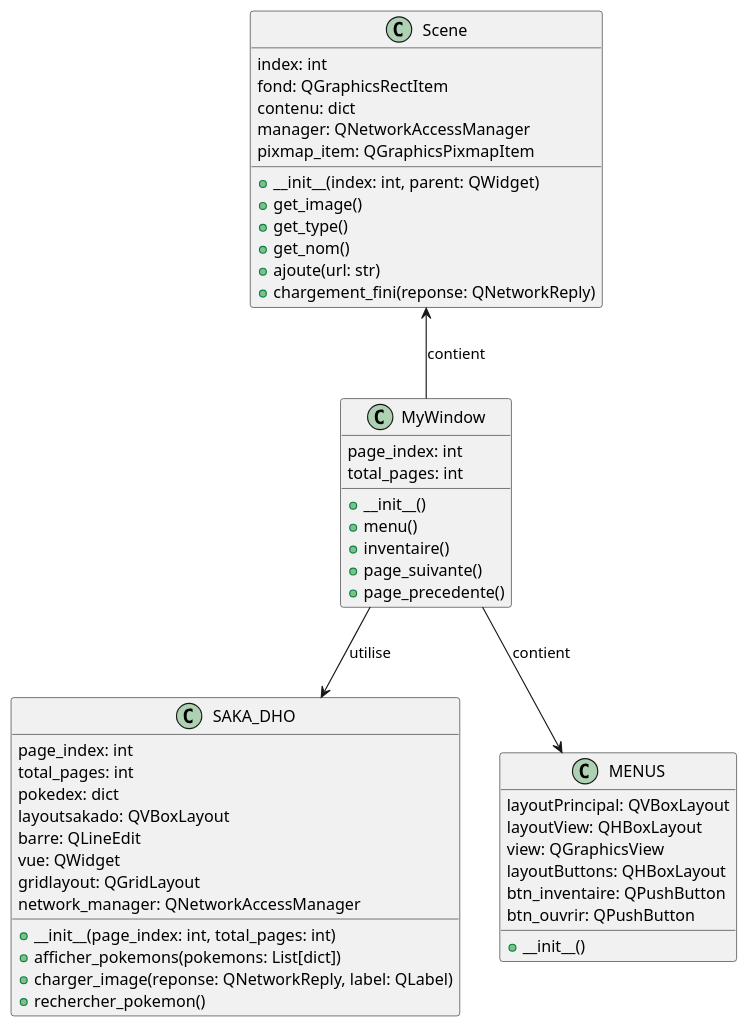
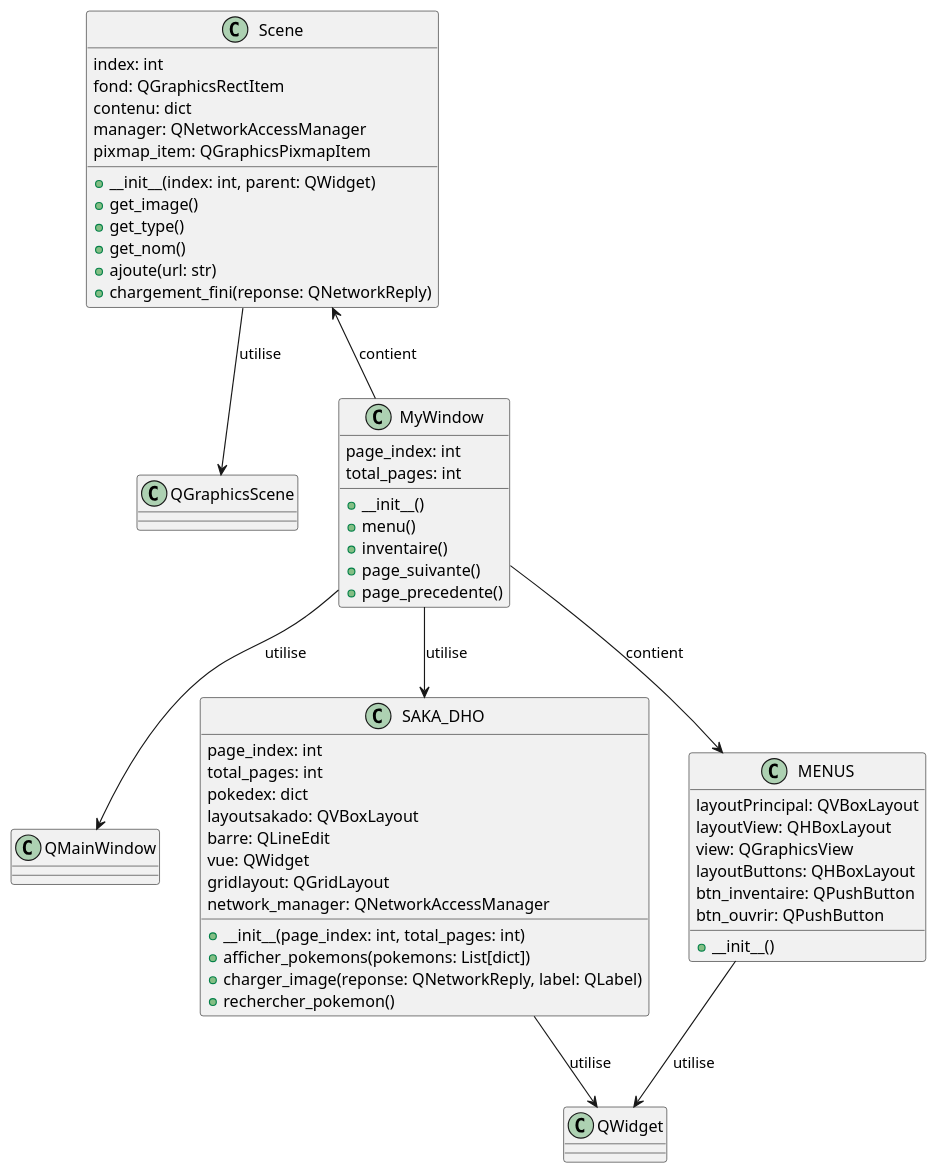
Before and after one commit to NerfDuDu/PokeDoc: the diagram in ulm/plantuml.wsd, drawn with PlantUML.

```diff
--- a/ulm/plantuml.wsd
+++ b/ulm/plantuml.wsd
@@ -1,57 +1,62 @@
 @startuml plantuml
-
+class QWidget {}
+class QMainWindow{}
+class QGraphicsScene{}
 class Scene {
    index: int
    fond: QGraphicsRectItem
    contenu: dict
    manager: QNetworkAccessManager
    pixmap_item: QGraphicsPixmapItem
   + __init__(index: int, parent: QWidget)
   + get_image()
   + get_type()
   + get_nom()
   + ajoute(url: str)
   + chargement_fini(reponse: QNetworkReply)
 }
 
 class MyWindow {
    page_index: int
    total_pages: int
   + __init__()
   + menu()
   + inventaire()
   + page_suivante()
   + page_precedente()
 }
 
 class SAKA_DHO {
    page_index: int
    total_pages: int
    pokedex: dict
    layoutsakado: QVBoxLayout
    barre: QLineEdit
    vue: QWidget
    gridlayout: QGridLayout
    network_manager: QNetworkAccessManager
   + __init__(page_index: int, total_pages: int)
   + afficher_pokemons(pokemons: List[dict])
   + charger_image(reponse: QNetworkReply, label: QLabel)
   + rechercher_pokemon()
 }
 
 class MENUS {
    layoutPrincipal: QVBoxLayout
    layoutView: QHBoxLayout
    view: QGraphicsView
    layoutButtons: QHBoxLayout
    btn_inventaire: QPushButton
    btn_ouvrir: QPushButton
   + __init__()
 }
 
 Scene <-- MyWindow : contient
 MyWindow --> SAKA_DHO : utilise
 MyWindow --> MENUS : contient
-
+MyWindow --> QMainWindow : utilise
+Scene --> QGraphicsScene : utilise
+SAKA_DHO --> QWidget : utilise
+MENUS --> QWidget :utilise
 
 @enduml
```
